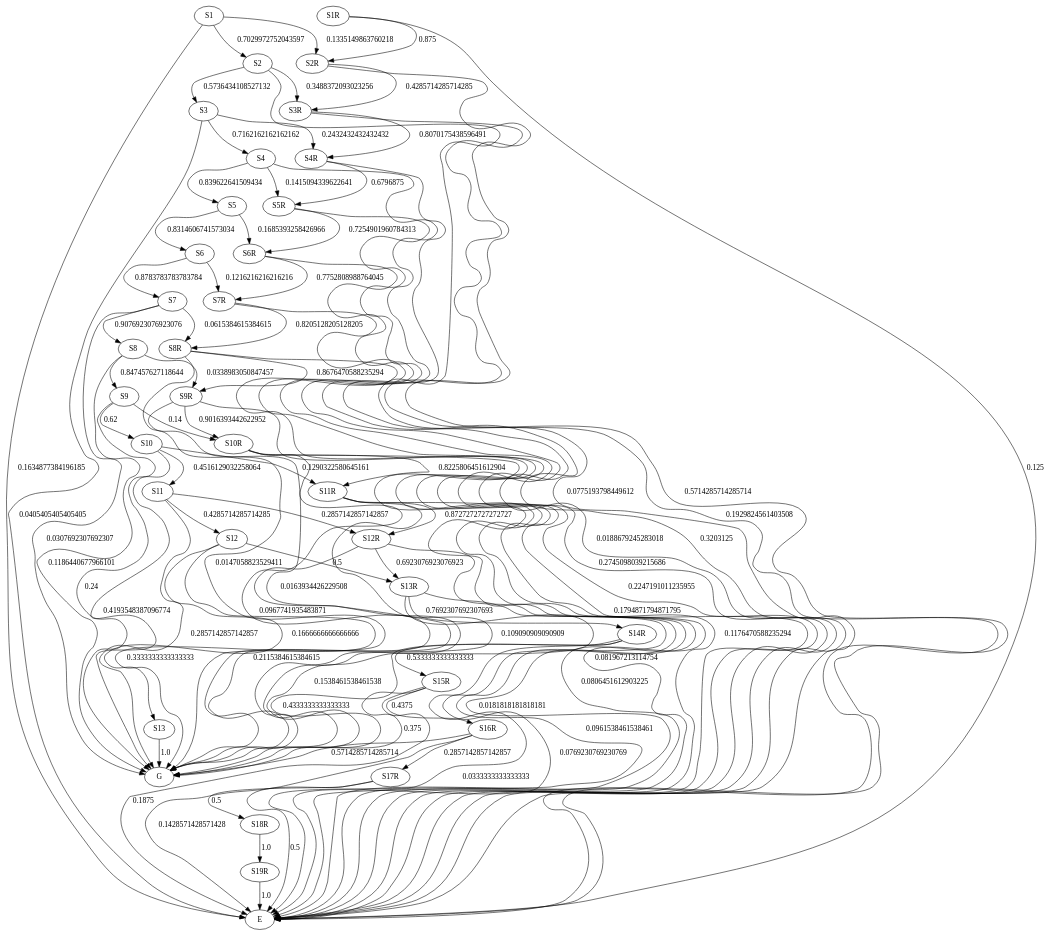
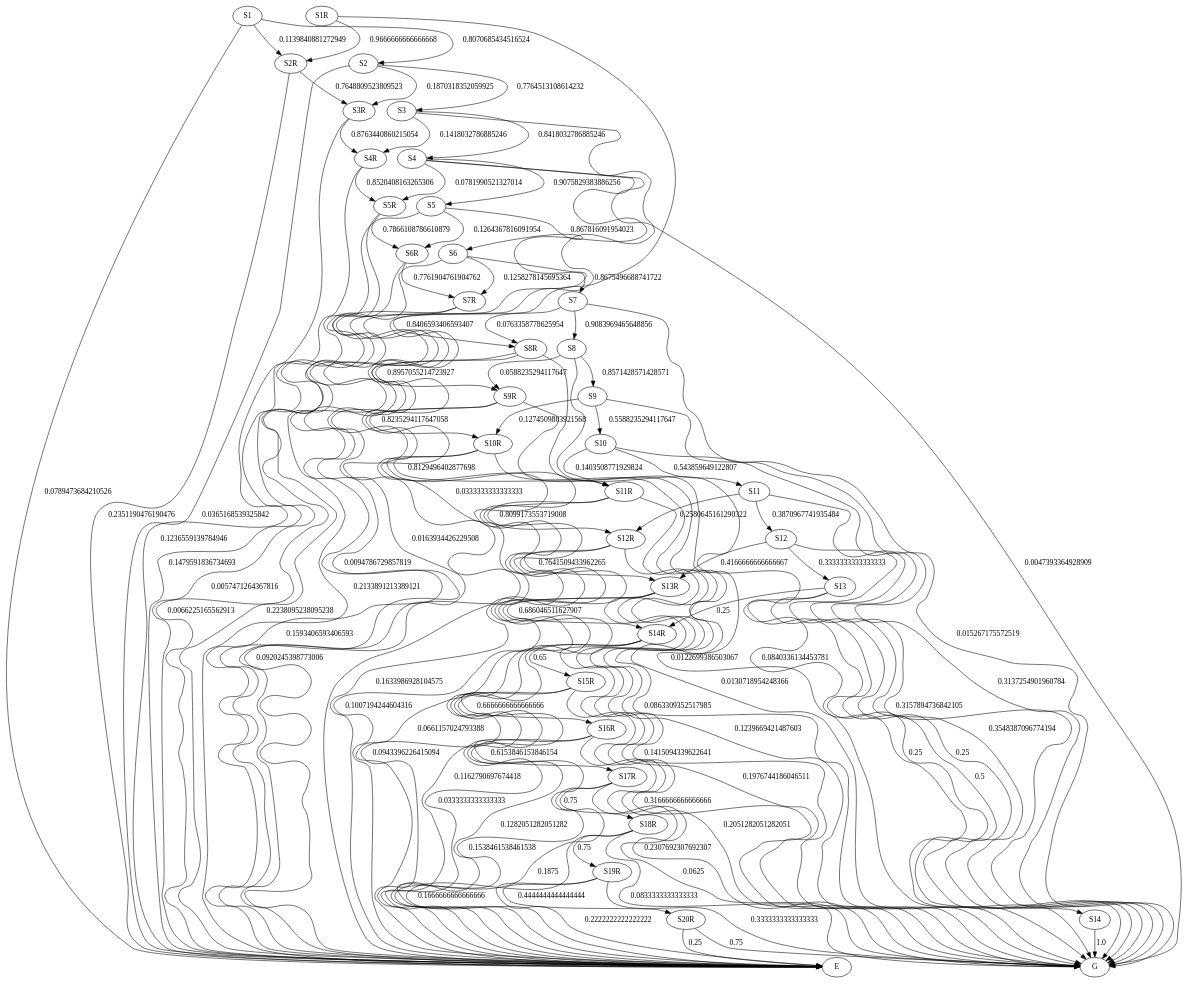
Before and after one commit to JulianaFerreira/educacao: the diagram in graph/markov.dot, drawn with Graphviz. The commit also changed 4 other files, not shown here.

```diff
--- a/graph/markov.dot
+++ b/graph/markov.dot
@@ -1,116 +1,131 @@
 digraph  {
 S1;
 S2;
 S3;
 S4;
 S5;
 S6;
 S7;
 S8;
 S9;
 S10;
 S11;
 S12;
 S13;
+S14;
 S2R;
 S1R;
 S3R;
 S4R;
 S5R;
 S6R;
 S7R;
 S8R;
 S9R;
 S10R;
 S11R;
 S12R;
 S13R;
 S14R;
 S15R;
 S16R;
 S17R;
 S18R;
 S19R;
+S20R;
 E;
 G;
-S1 -> S2  [key=0, label="0.7029972752043597", weight="0.7029972752043597"];
-S1 -> S2R  [key=0, label="0.1335149863760218", weight="0.1335149863760218"];
-S1 -> E  [key=0, label="0.1634877384196185", weight="0.1634877384196185"];
-S2 -> S3  [key=0, label="0.5736434108527132", weight="0.5736434108527132"];
-S2 -> S3R  [key=0, label="0.3488372093023256", weight="0.3488372093023256"];
-S2 -> E  [key=0, label="0.0775193798449612", weight="0.0775193798449612"];
-S3 -> S4  [key=0, label="0.7162162162162162", weight="0.7162162162162162"];
-S3 -> S4R  [key=0, label="0.2432432432432432", weight="0.2432432432432432"];
-S3 -> E  [key=0, label="0.0405405405405405", weight="0.0405405405405405"];
-S4 -> S5  [key=0, label="0.839622641509434", weight="0.839622641509434"];
-S4 -> S5R  [key=0, label="0.1415094339622641", weight="0.1415094339622641"];
-S4 -> E  [key=0, label="0.0188679245283018", weight="0.0188679245283018"];
-S5 -> S6  [key=0, label="0.8314606741573034", weight="0.8314606741573034"];
-S5 -> S6R  [key=0, label="0.1685393258426966", weight="0.1685393258426966"];
-S6 -> S7  [key=0, label="0.8783783783783784", weight="0.8783783783783784"];
-S6 -> S7R  [key=0, label="0.1216216216216216", weight="0.1216216216216216"];
-S7 -> S8  [key=0, label="0.9076923076923076", weight="0.9076923076923076"];
-S7 -> S8R  [key=0, label="0.0615384615384615", weight="0.0615384615384615"];
-S7 -> G  [key=0, label="0.0307692307692307", weight="0.0307692307692307"];
-S8 -> S9  [key=0, label="0.847457627118644", weight="0.847457627118644"];
-S8 -> S9R  [key=0, label="0.0338983050847457", weight="0.0338983050847457"];
-S8 -> G  [key=0, label="0.1186440677966101", weight="0.1186440677966101"];
-S9 -> S10  [key=0, label="0.62", weight="0.62"];
-S9 -> S10R  [key=0, label="0.14", weight="0.14"];
-S9 -> G  [key=0, label="0.24", weight="0.24"];
-S10 -> S11  [key=0, label="0.4516129032258064", weight="0.4516129032258064"];
-S10 -> S11R  [key=0, label="0.1290322580645161", weight="0.1290322580645161"];
-S10 -> G  [key=0, label="0.4193548387096774", weight="0.4193548387096774"];
-S11 -> S12  [key=0, label="0.4285714285714285", weight="0.4285714285714285"];
-S11 -> S12R  [key=0, label="0.2857142857142857", weight="0.2857142857142857"];
-S11 -> G  [key=0, label="0.2857142857142857", weight="0.2857142857142857"];
-S12 -> S13  [key=0, label="0.1666666666666666", weight="0.1666666666666666"];
-S12 -> S13R  [key=0, label="0.5", weight="0.5"];
-S12 -> G  [key=0, label="0.3333333333333333", weight="0.3333333333333333"];
-S13 -> G  [key=0, label="1.0", weight="1.0"];
-S2R -> S3R  [key=0, label="0.4285714285714285", weight="0.4285714285714285"];
-S2R -> E  [key=0, label="0.5714285714285714", weight="0.5714285714285714"];
-S1R -> S2R  [key=0, label="0.875", weight="0.875"];
-S1R -> E  [key=0, label="0.125", weight="0.125"];
-S3R -> S4R  [key=0, label="0.8070175438596491", weight="0.8070175438596491"];
-S3R -> E  [key=0, label="0.1929824561403508", weight="0.1929824561403508"];
-S4R -> S5R  [key=0, label="0.6796875", weight="0.6796875"];
-S4R -> E  [key=0, label="0.3203125", weight="0.3203125"];
-S5R -> S6R  [key=0, label="0.7254901960784313", weight="0.7254901960784313"];
-S5R -> E  [key=0, label="0.2745098039215686", weight="0.2745098039215686"];
-S6R -> S7R  [key=0, label="0.7752808988764045", weight="0.7752808988764045"];
-S6R -> E  [key=0, label="0.2247191011235955", weight="0.2247191011235955"];
-S7R -> S8R  [key=0, label="0.8205128205128205", weight="0.8205128205128205"];
-S7R -> E  [key=0, label="0.1794871794871795", weight="0.1794871794871795"];
-S8R -> S9R  [key=0, label="0.8676470588235294", weight="0.8676470588235294"];
-S8R -> E  [key=0, label="0.1176470588235294", weight="0.1176470588235294"];
-S8R -> G  [key=0, label="0.0147058823529411", weight="0.0147058823529411"];
-S9R -> S10R  [key=0, label="0.9016393442622952", weight="0.9016393442622952"];
-S9R -> E  [key=0, label="0.081967213114754", weight="0.081967213114754"];
-S9R -> G  [key=0, label="0.0163934426229508", weight="0.0163934426229508"];
-S10R -> S11R  [key=0, label="0.8225806451612904", weight="0.8225806451612904"];
-S10R -> E  [key=0, label="0.0806451612903225", weight="0.0806451612903225"];
-S10R -> G  [key=0, label="0.0967741935483871", weight="0.0967741935483871"];
-S11R -> S12R  [key=0, label="0.8727272727272727", weight="0.8727272727272727"];
-S11R -> E  [key=0, label="0.0181818181818181", weight="0.0181818181818181"];
-S11R -> G  [key=0, label="0.109090909090909", weight="0.109090909090909"];
-S12R -> S13R  [key=0, label="0.6923076923076923", weight="0.6923076923076923"];
-S12R -> E  [key=0, label="0.0961538461538461", weight="0.0961538461538461"];
-S12R -> G  [key=0, label="0.2115384615384615", weight="0.2115384615384615"];
-S13R -> S14R  [key=0, label="0.7692307692307693", weight="0.7692307692307693"];
-S13R -> E  [key=0, label="0.0769230769230769", weight="0.0769230769230769"];
-S13R -> G  [key=0, label="0.1538461538461538", weight="0.1538461538461538"];
-S14R -> S15R  [key=0, label="0.5333333333333333", weight="0.5333333333333333"];
+S1 -> S2  [key=0, label="0.8070685434516524", weight="0.8070685434516524"];
+S1 -> S2R  [key=0, label="0.1139840881272949", weight="0.1139840881272949"];
+S1 -> E  [key=0, label="0.0789473684210526", weight="0.0789473684210526"];
+S2 -> S3  [key=0, label="0.7764513108614232", weight="0.7764513108614232"];
+S2 -> S3R  [key=0, label="0.1870318352059925", weight="0.1870318352059925"];
+S2 -> E  [key=0, label="0.0365168539325842", weight="0.0365168539325842"];
+S3 -> S4  [key=0, label="0.8418032786885246", weight="0.8418032786885246"];
+S3 -> S4R  [key=0, label="0.1418032786885246", weight="0.1418032786885246"];
+S3 -> E  [key=0, label="0.0163934426229508", weight="0.0163934426229508"];
+S4 -> S5  [key=0, label="0.9075829383886256", weight="0.9075829383886256"];
+S4 -> S5R  [key=0, label="0.0781990521327014", weight="0.0781990521327014"];
+S4 -> E  [key=0, label="0.0094786729857819", weight="0.0094786729857819"];
+S4 -> G  [key=0, label="0.0047393364928909", weight="0.0047393364928909"];
+S5 -> S6  [key=0, label="0.867816091954023", weight="0.867816091954023"];
+S5 -> S6R  [key=0, label="0.1264367816091954", weight="0.1264367816091954"];
+S5 -> E  [key=0, label="0.0057471264367816", weight="0.0057471264367816"];
+S6 -> S7  [key=0, label="0.8675496688741722", weight="0.8675496688741722"];
+S6 -> S7R  [key=0, label="0.1258278145695364", weight="0.1258278145695364"];
+S6 -> E  [key=0, label="0.0066225165562913", weight="0.0066225165562913"];
+S7 -> S8  [key=0, label="0.9083969465648856", weight="0.9083969465648856"];
+S7 -> S8R  [key=0, label="0.0763358778625954", weight="0.0763358778625954"];
+S7 -> G  [key=0, label="0.015267175572519", weight="0.015267175572519"];
+S8 -> S9  [key=0, label="0.8571428571428571", weight="0.8571428571428571"];
+S8 -> S9R  [key=0, label="0.0588235294117647", weight="0.0588235294117647"];
+S8 -> G  [key=0, label="0.0840336134453781", weight="0.0840336134453781"];
+S9 -> S10  [key=0, label="0.5588235294117647", weight="0.5588235294117647"];
+S9 -> S10R  [key=0, label="0.1274509803921568", weight="0.1274509803921568"];
+S9 -> G  [key=0, label="0.3137254901960784", weight="0.3137254901960784"];
+S10 -> S11  [key=0, label="0.543859649122807", weight="0.543859649122807"];
+S10 -> S11R  [key=0, label="0.1403508771929824", weight="0.1403508771929824"];
+S10 -> G  [key=0, label="0.3157894736842105", weight="0.3157894736842105"];
+S11 -> S12  [key=0, label="0.3870967741935484", weight="0.3870967741935484"];
+S11 -> S12R  [key=0, label="0.2580645161290322", weight="0.2580645161290322"];
+S11 -> G  [key=0, label="0.3548387096774194", weight="0.3548387096774194"];
+S12 -> S13  [key=0, label="0.3333333333333333", weight="0.3333333333333333"];
+S12 -> S13R  [key=0, label="0.4166666666666667", weight="0.4166666666666667"];
+S12 -> G  [key=0, label="0.25", weight="0.25"];
+S13 -> S14  [key=0, label="0.25", weight="0.25"];
+S13 -> S14R  [key=0, label="0.25", weight="0.25"];
+S13 -> G  [key=0, label="0.5", weight="0.5"];
+S14 -> G  [key=0, label="1.0", weight="1.0"];
+S2R -> S3R  [key=0, label="0.7648809523809523", weight="0.7648809523809523"];
+S2R -> E  [key=0, label="0.2351190476190476", weight="0.2351190476190476"];
+S1R -> S2R  [key=0, label="0.9666666666666668", weight="0.9666666666666668"];
+S1R -> E  [key=0, label="0.0333333333333333", weight="0.0333333333333333"];
+S3R -> S4R  [key=0, label="0.8763440860215054", weight="0.8763440860215054"];
+S3R -> E  [key=0, label="0.1236559139784946", weight="0.1236559139784946"];
+S4R -> S5R  [key=0, label="0.8520408163265306", weight="0.8520408163265306"];
+S4R -> E  [key=0, label="0.1479591836734693", weight="0.1479591836734693"];
+S5R -> S6R  [key=0, label="0.7866108786610879", weight="0.7866108786610879"];
+S5R -> E  [key=0, label="0.2133891213389121", weight="0.2133891213389121"];
+S6R -> S7R  [key=0, label="0.7761904761904762", weight="0.7761904761904762"];
+S6R -> E  [key=0, label="0.2238095238095238", weight="0.2238095238095238"];
+S7R -> S8R  [key=0, label="0.8406593406593407", weight="0.8406593406593407"];
+S7R -> E  [key=0, label="0.1593406593406593", weight="0.1593406593406593"];
+S8R -> S9R  [key=0, label="0.8957055214723927", weight="0.8957055214723927"];
+S8R -> E  [key=0, label="0.0920245398773006", weight="0.0920245398773006"];
+S8R -> G  [key=0, label="0.0122699386503067", weight="0.0122699386503067"];
+S9R -> S10R  [key=0, label="0.8235294117647058", weight="0.8235294117647058"];
+S9R -> E  [key=0, label="0.1633986928104575", weight="0.1633986928104575"];
+S9R -> G  [key=0, label="0.0130718954248366", weight="0.0130718954248366"];
+S10R -> S11R  [key=0, label="0.8129496402877698", weight="0.8129496402877698"];
+S10R -> E  [key=0, label="0.1007194244604316", weight="0.1007194244604316"];
+S10R -> G  [key=0, label="0.0863309352517985", weight="0.0863309352517985"];
+S11R -> S12R  [key=0, label="0.8099173553719008", weight="0.8099173553719008"];
+S11R -> E  [key=0, label="0.0661157024793388", weight="0.0661157024793388"];
+S11R -> G  [key=0, label="0.1239669421487603", weight="0.1239669421487603"];
+S12R -> S13R  [key=0, label="0.7641509433962265", weight="0.7641509433962265"];
+S12R -> E  [key=0, label="0.0943396226415094", weight="0.0943396226415094"];
+S12R -> G  [key=0, label="0.1415094339622641", weight="0.1415094339622641"];
+S13R -> S14R  [key=0, label="0.686046511627907", weight="0.686046511627907"];
+S13R -> E  [key=0, label="0.1162790697674418", weight="0.1162790697674418"];
+S13R -> G  [key=0, label="0.1976744186046511", weight="0.1976744186046511"];
+S14R -> S15R  [key=0, label="0.65", weight="0.65"];
 S14R -> E  [key=0, label="0.0333333333333333", weight="0.0333333333333333"];
-S14R -> G  [key=0, label="0.4333333333333333", weight="0.4333333333333333"];
-S15R -> S16R  [key=0, label="0.4375", weight="0.4375"];
-S15R -> E  [key=0, label="0.1875", weight="0.1875"];
-S15R -> G  [key=0, label="0.375", weight="0.375"];
-S16R -> S17R  [key=0, label="0.2857142857142857", weight="0.2857142857142857"];
-S16R -> E  [key=0, label="0.1428571428571428", weight="0.1428571428571428"];
-S16R -> G  [key=0, label="0.5714285714285714", weight="0.5714285714285714"];
-S17R -> S18R  [key=0, label="0.5", weight="0.5"];
-S17R -> E  [key=0, label="0.5", weight="0.5"];
-S18R -> S19R  [key=0, label="1.0", weight="1.0"];
-S19R -> E  [key=0, label="1.0", weight="1.0"];
+S14R -> G  [key=0, label="0.3166666666666666", weight="0.3166666666666666"];
+S15R -> S16R  [key=0, label="0.6666666666666666", weight="0.6666666666666666"];
+S15R -> E  [key=0, label="0.1282051282051282", weight="0.1282051282051282"];
+S15R -> G  [key=0, label="0.2051282051282051", weight="0.2051282051282051"];
+S16R -> S17R  [key=0, label="0.6153846153846154", weight="0.6153846153846154"];
+S16R -> E  [key=0, label="0.1538461538461538", weight="0.1538461538461538"];
+S16R -> G  [key=0, label="0.2307692307692307", weight="0.2307692307692307"];
+S17R -> S18R  [key=0, label="0.75", weight="0.75"];
+S17R -> E  [key=0, label="0.1875", weight="0.1875"];
+S17R -> G  [key=0, label="0.0625", weight="0.0625"];
+S18R -> S19R  [key=0, label="0.75", weight="0.75"];
+S18R -> E  [key=0, label="0.1666666666666666", weight="0.1666666666666666"];
+S18R -> G  [key=0, label="0.0833333333333333", weight="0.0833333333333333"];
+S19R -> S20R  [key=0, label="0.4444444444444444", weight="0.4444444444444444"];
+S19R -> E  [key=0, label="0.2222222222222222", weight="0.2222222222222222"];
+S19R -> G  [key=0, label="0.3333333333333333", weight="0.3333333333333333"];
+S20R -> E  [key=0, label="0.25", weight="0.25"];
+S20R -> G  [key=0, label="0.75", weight="0.75"];
 }
```
